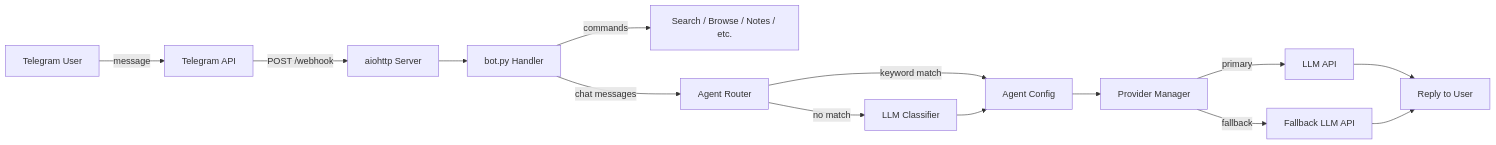
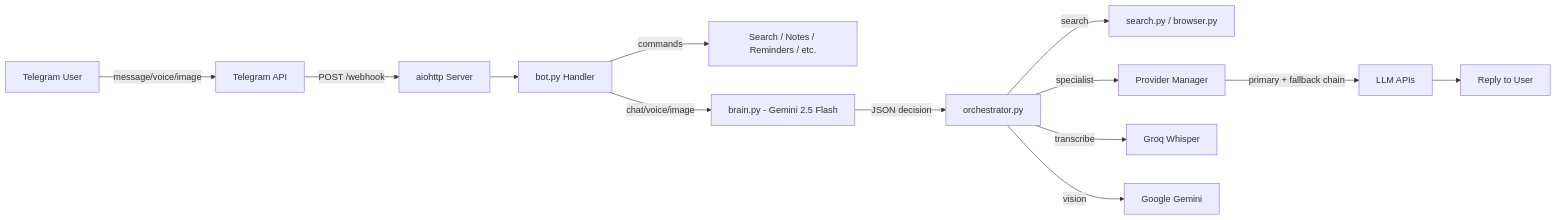
One commit to SPEED-OX/PicoClaw-RenderDockerImage changed the diagram in README.md. Above: the diagram before and after it, drawn with Mermaid. The commit also changed other lines of this file, not shown here.

Commit message:
docs: full README rewrite — brain architecture, PlanetScale, destroy mode, accurate structure

````diff
--- a/README.md
+++ b/README.md
@@ -41,16 +45,15 @@
 ```mermaid
 flowchart LR
-    User[Telegram User] -->|message| TG[Telegram API]
+    User[Telegram User] -->|message/voice/image| TG[Telegram API]
     TG -->|POST /webhook| Server[aiohttp Server]
     Server --> Bot[bot.py Handler]
-    Bot -->|commands| Modules[Search / Browse / Notes / etc.]
-    Bot -->|chat messages| Router[Agent Router]
-    Router -->|keyword match| Agent[Agent Config]
-    Router -->|no match| Classifier[LLM Classifier]
-    Classifier --> Agent
-    Agent --> Provider[Provider Manager]
-    Provider -->|primary| LLM[LLM API]
-    Provider -->|fallback| LLM2[Fallback LLM API]
+    Bot -->|commands| Modules[Search / Notes / Reminders / etc.]
+    Bot -->|chat/voice/image| Brain[brain.py - Gemini 2.5 Flash]
+    Brain -->|JSON decision| Orchestrator[orchestrator.py]
+    Orchestrator -->|search| Search[search.py / browser.py]
+    Orchestrator -->|specialist| Provider[Provider Manager]
+    Orchestrator -->|transcribe| Whisper[Groq Whisper]
+    Orchestrator -->|vision| Vision[Google Gemini]
+    Provider -->|primary + fallback chain| LLM[LLM APIs]
     LLM --> Reply[Reply to User]
-    LLM2 --> Reply
 ```
````
